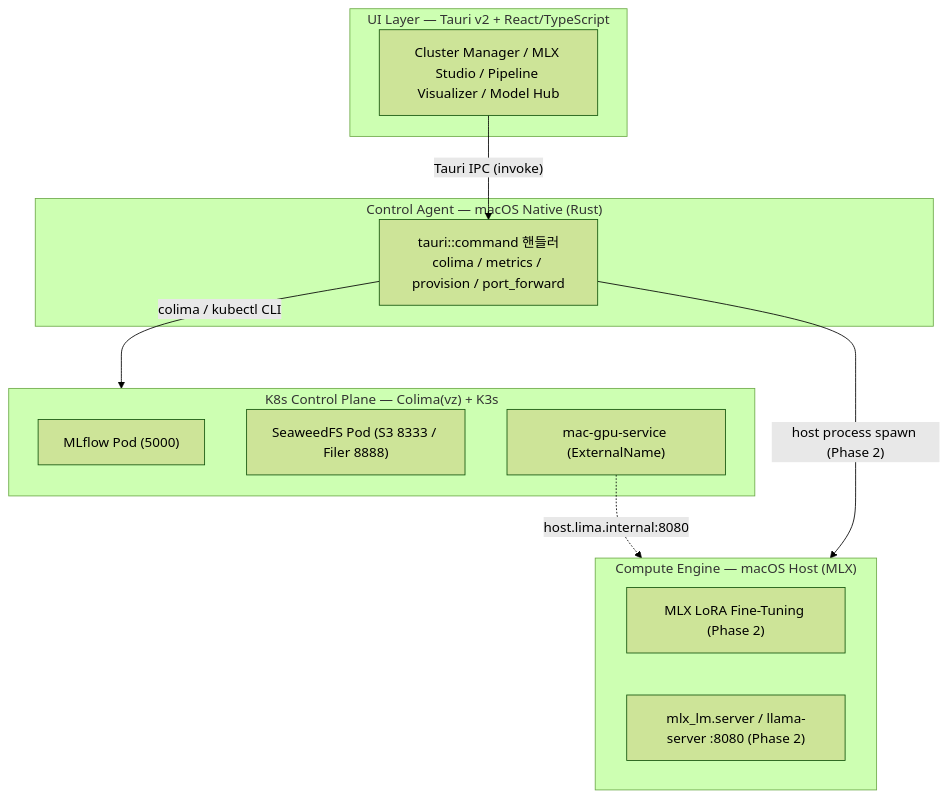
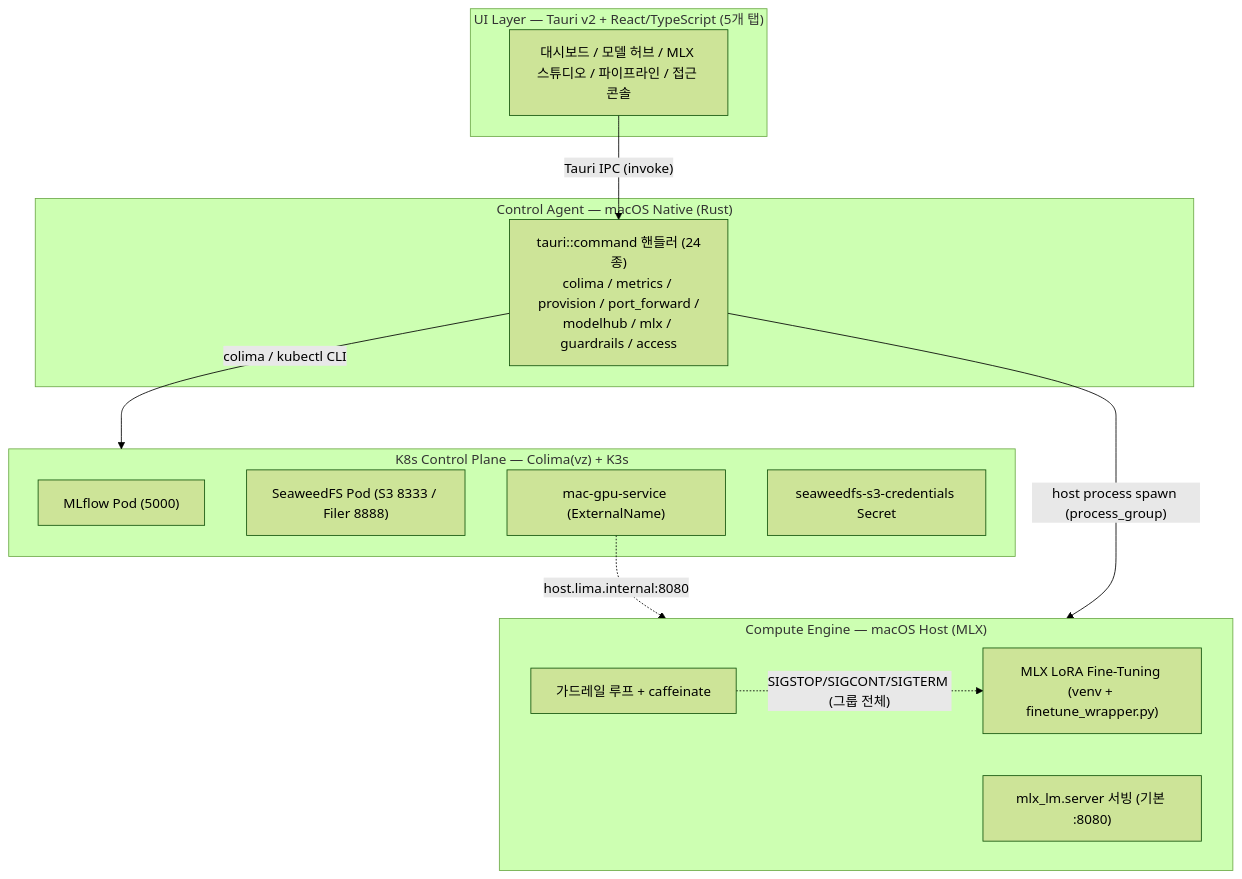
The first of 2 diagrams in docs/04-architecture.md (dasomel/kubemetal), drawn with Mermaid (forest theme) before and after one commit. The commit also changed other lines of this file and 6 other files, not shown here.

````diff
--- a/docs/04-architecture.md
+++ b/docs/04-architecture.md
@@ -9,26 +9,29 @@
 ```mermaid
 flowchart TB
-    subgraph UI["UI Layer — Tauri v2 + React/TypeScript"]
-        A["Cluster Manager / MLX Studio / Pipeline Visualizer / Model Hub"]
+    subgraph UI["UI Layer — Tauri v2 + React/TypeScript (5개 탭)"]
+        A["대시보드 / 모델 허브 / MLX 스튜디오 / 파이프라인 / 접근 콘솔"]
     end
 
     subgraph AGENT["Control Agent — macOS Native (Rust)"]
-        B["tauri::command 핸들러<br/>colima / metrics / provision / port_forward"]
+        B["tauri::command 핸들러 (24종)<br/>colima / metrics / provision / port_forward /<br/>modelhub / mlx / guardrails / access"]
     end
 
     subgraph K8S["K8s Control Plane — Colima(vz) + K3s"]
         C1["MLflow Pod (5000)"]
         C2["SeaweedFS Pod (S3 8333 / Filer 8888)"]
         C3["mac-gpu-service (ExternalName)"]
+        C4["seaweedfs-s3-credentials Secret"]
     end
 
     subgraph COMPUTE["Compute Engine — macOS Host (MLX)"]
-        D1["MLX LoRA Fine-Tuning (Phase 2)"]
-        D2["mlx_lm.server / llama-server :8080 (Phase 2)"]
+        D1["MLX LoRA Fine-Tuning (venv + finetune_wrapper.py)"]
+        D2["mlx_lm.server 서빙 (기본 :8080)"]
+        D3["가드레일 루프 + caffeinate"]
     end
 
     A -- "Tauri IPC (invoke)" --> B
     B -- "colima / kubectl CLI" --> K8S
     C3 -. "host.lima.internal:8080" .-> COMPUTE
-    B -- "host process spawn (Phase 2)" --> COMPUTE
+    B -- "host process spawn (process_group)" --> COMPUTE
+    D3 -. "SIGSTOP/SIGCONT/SIGTERM (그룹 전체)" .-> D1
 ```
````
